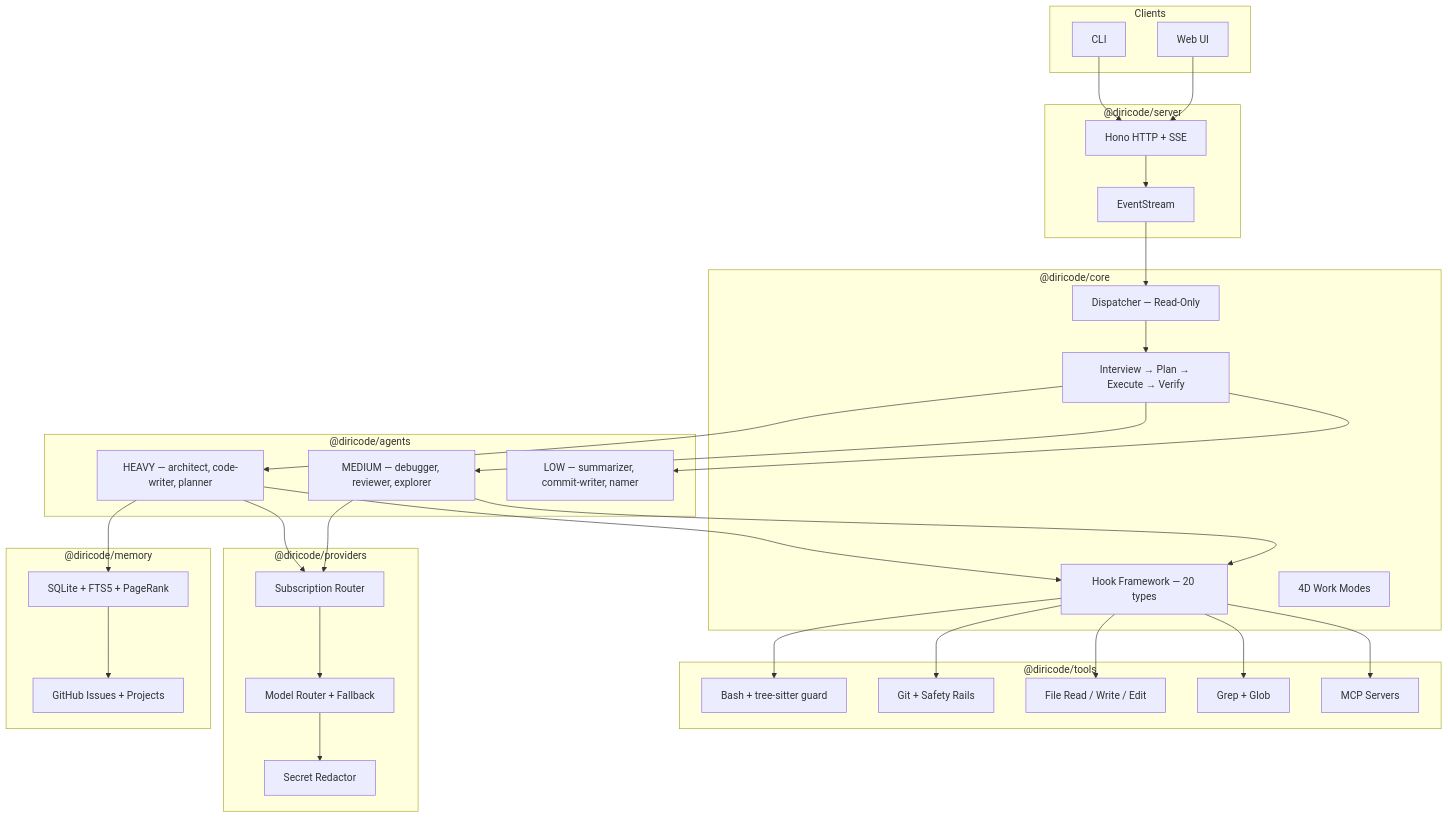
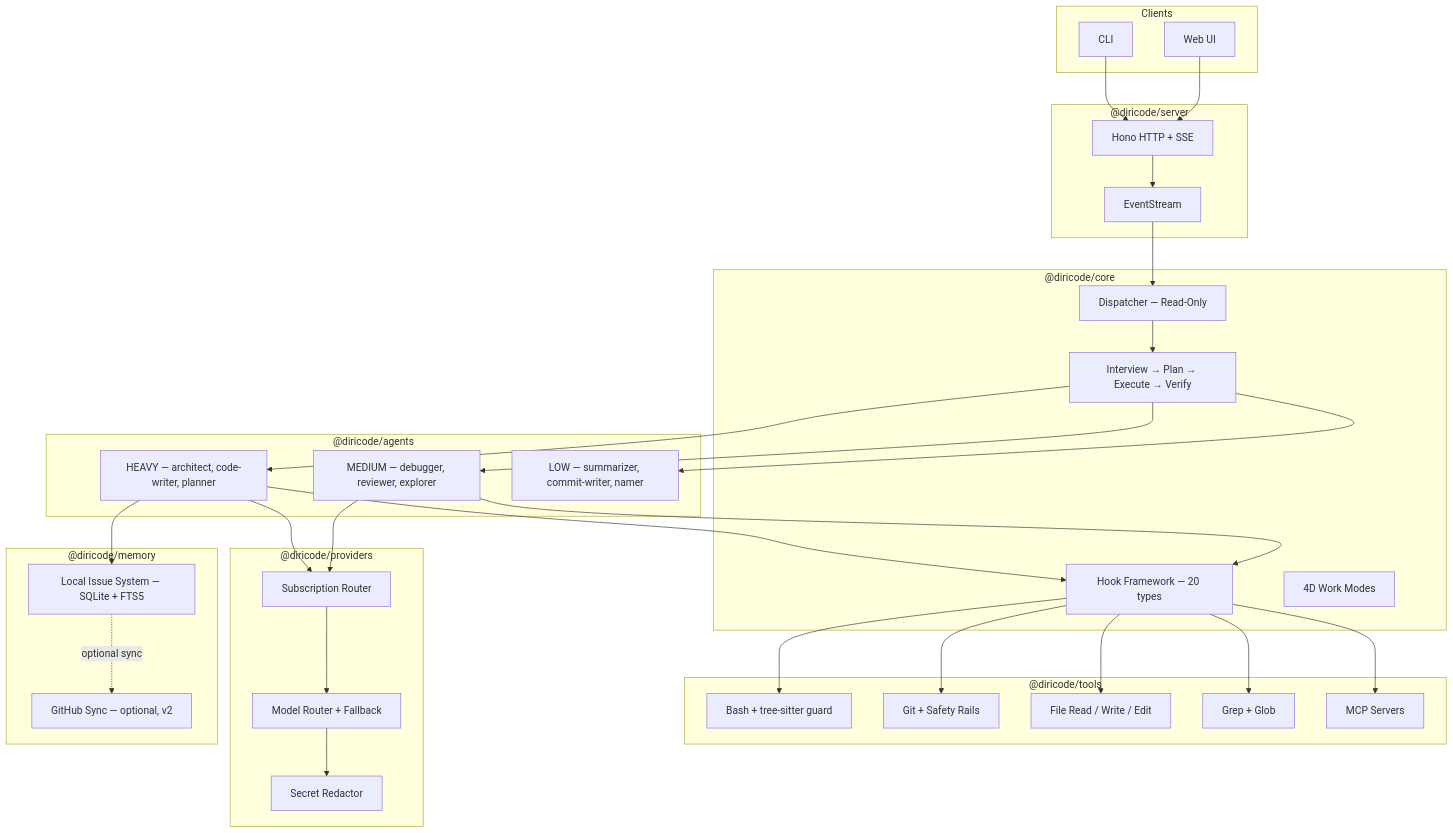
The first of 7 diagrams in README.md (radoxtech/diricode), drawn with Mermaid before and after one commit. The commit also changed other lines of this file and 81 other files, not shown here.

````diff
--- a/README.md
+++ b/README.md
@@ -125,66 +129,66 @@
 ```mermaid
 graph TD
     subgraph "Clients"
         CLI[CLI]
         Web[Web UI]
     end
 
     subgraph "@diricode/server"
         Hono[Hono HTTP + SSE]
         Events[EventStream]
     end
 
     subgraph "@diricode/core"
         Dispatcher[Dispatcher — Read-Only]
         Pipeline[Interview → Plan → Execute → Verify]
         Hooks[Hook Framework — 20 types]
         WorkMode[4D Work Modes]
     end
 
     subgraph "@diricode/agents"
         Heavy[HEAVY — architect, code-writer, planner]
         Medium[MEDIUM — debugger, reviewer, explorer]
         Low[LOW — summarizer, commit-writer, namer]
     end
 
     subgraph "@diricode/tools"
         Bash[Bash + tree-sitter guard]
         Git[Git + Safety Rails]
         Files[File Read / Write / Edit]
         Search[Grep + Glob]
         MCP[MCP Servers]
     end
 
     subgraph "@diricode/providers"
         SubRouter[Subscription Router]
         Router[Model Router + Fallback]
         Redactor[Secret Redactor]
     end
 
     subgraph "@diricode/memory"
-        GH[GitHub Issues + Projects]
-        SQLite[SQLite + FTS5 + PageRank]
+        Issues[Local Issue System — SQLite + FTS5]
+        GHSync[GitHub Sync — optional, v2]
     end
 
     CLI --> Hono
     Web --> Hono
     Hono --> Events
     Events --> Dispatcher
     Dispatcher --> Pipeline
     Pipeline --> Heavy
     Pipeline --> Medium
     Pipeline --> Low
     Heavy --> Hooks
     Medium --> Hooks
     Hooks --> Bash
     Hooks --> Git
     Hooks --> Files
     Hooks --> Search
     Hooks --> MCP
     Heavy --> SubRouter
     Medium --> SubRouter
     SubRouter --> Router
     Router --> Redactor
-    Heavy --> SQLite
-    SQLite --> GH
+    Heavy --> Issues
+    Issues -.->|optional sync| GHSync
 ```
````
